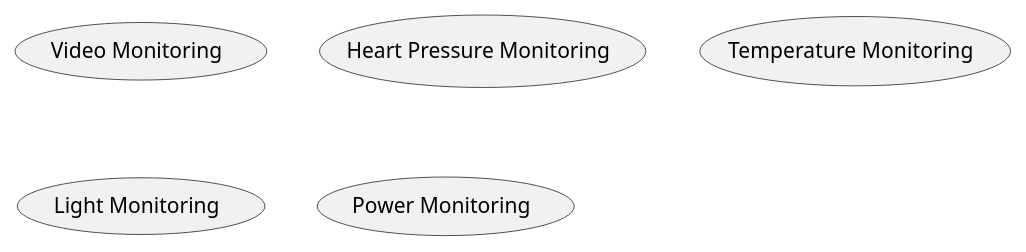
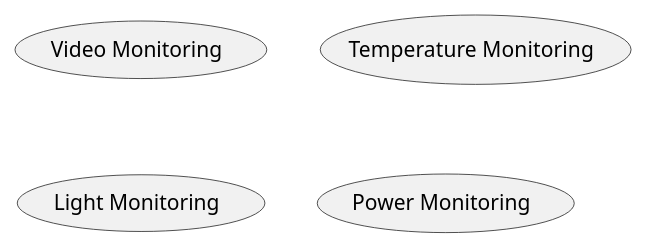
Before and after one commit to reTHINK-project/scenario-service-implementation: the diagram in docs/scenarios/smart-contextual-assistance/m2m-use-cases.puml, drawn with PlantUML. The commit also changed 12 other files, not shown here.

```diff
--- a/docs/scenarios/smart-contextual-assistance/m2m-use-cases.puml
+++ b/docs/scenarios/smart-contextual-assistance/m2m-use-cases.puml
@@ -1,9 +1,8 @@
 @startuml
 
 usecase (Video Monitoring) as videoMonitorUC
-usecase (Heart Pressure Monitoring) as heartMonitorUC
 usecase (Temperature Monitoring) as temperatureUC
 usecase (Light Monitoring) as lightUC
 usecase (Power Monitoring) as powerUC
 
 @enduml
```
